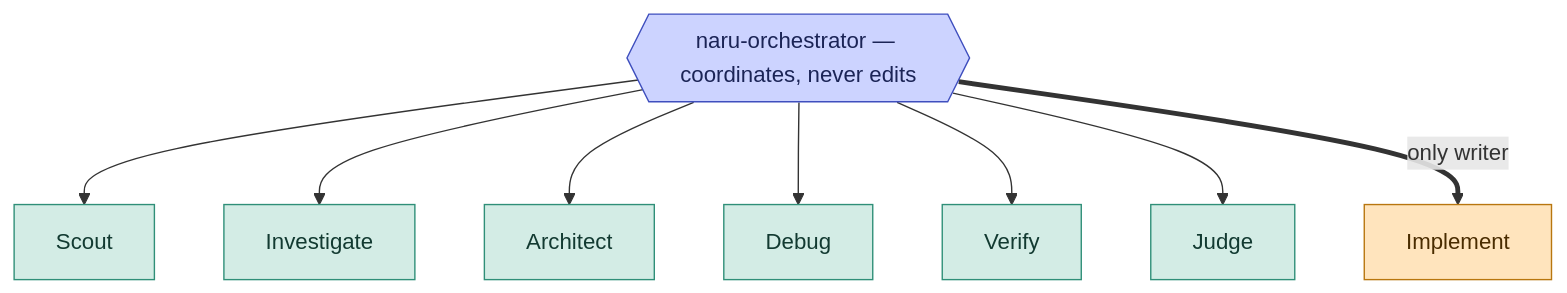
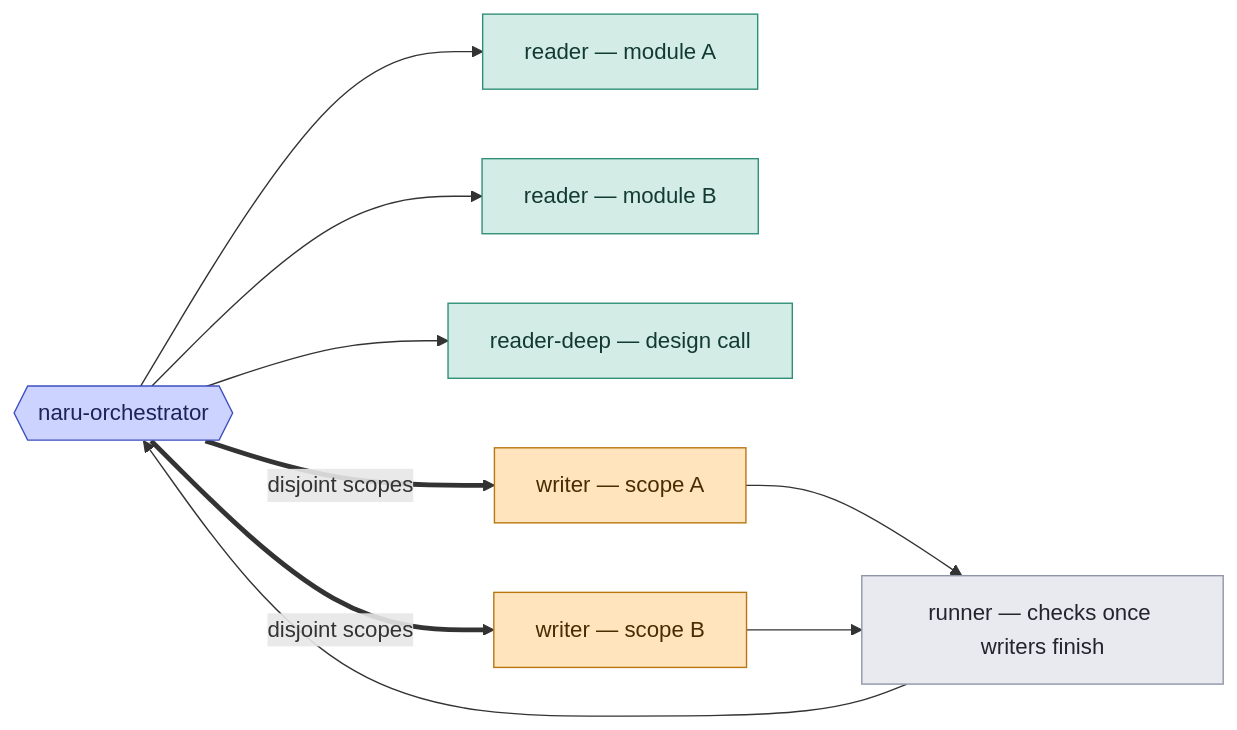
The second of 2 diagrams in docs/src/content/docs/concepts/adaptive-delegation.md (sean35mm/naru-opencode), drawn with Mermaid before and after one commit. The commit also changed other lines of this file and 24 other files, not shown here.

First line of the commit message:
docs: rewrite documentation for the v-next architecture

````diff
--- a/docs/src/content/docs/concepts/adaptive-delegation.md
+++ b/docs/src/content/docs/concepts/adaptive-delegation.md
@@ -73,18 +44,19 @@
 ```mermaid
-flowchart TB
-  ORC{{"naru-orchestrator — coordinates, never edits"}}:::coord
-  SC["Scout"]:::read
-  IN["Investigate"]:::read
-  AR["Architect"]:::read
-  DB["Debug"]:::read
-  VE["Verify"]:::read
-  JU["Judge"]:::read
-  IM["Implement"]:::write
+flowchart LR
+  O{{"naru-orchestrator"}}:::coord
+  R1["reader — module A"]:::read
+  R2["reader — module B"]:::read
+  D["reader-deep — design call"]:::read
+  W1["writer — scope A"]:::write
+  W2["writer — scope B"]:::write
+  V["runner — checks once writers finish"]:::gate
 
-  ORC --> SC & IN & AR & DB & VE & JU
-  ORC ==>|"only writer"| IM
+  O --> R1 & R2 & D
+  O ==>|"disjoint scopes"| W1 & W2
+  W1 & W2 --> V --> O
 
   classDef coord fill:#ccd3ff,stroke:#3f4fbe,color:#1b2456
   classDef read fill:#d3ece5,stroke:#2f8f78,color:#123a31
   classDef write fill:#ffe4bd,stroke:#b8760f,color:#4a2c00
+  classDef gate fill:#e8eaf0,stroke:#8f96a5,color:#22252e
 ```
````
